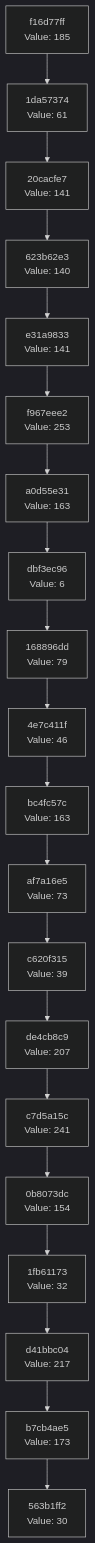
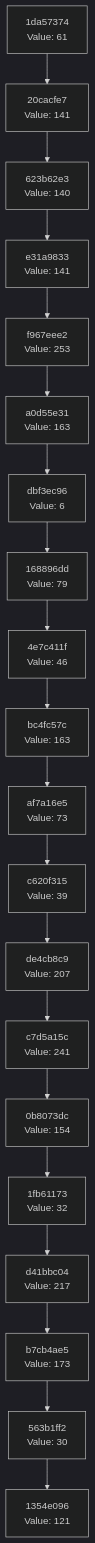
The diagram in docs/CHAIN_VISUALIZATION.md (Abhisheksinha1506/hash-chain-evolver), drawn with Mermaid (dark theme) before and after one commit. The commit also changed 2 other files, not shown here.

Commit message:
Evolution step: hash 0x79 → action executed

````diff
--- a/docs/CHAIN_VISUALIZATION.md
+++ b/docs/CHAIN_VISUALIZATION.md
@@ -3,42 +3,42 @@
 ```mermaid
 graph TD
-    C0["563b1ff2<br/>Value: 30"]
-    C1["b7cb4ae5<br/>Value: 173"]
+    C0["1354e096<br/>Value: 121"]
+    C1["563b1ff2<br/>Value: 30"]
     C1 --> C0
-    C2["d41bbc04<br/>Value: 217"]
+    C2["b7cb4ae5<br/>Value: 173"]
     C2 --> C1
-    C3["1fb61173<br/>Value: 32"]
+    C3["d41bbc04<br/>Value: 217"]
     C3 --> C2
-    C4["0b8073dc<br/>Value: 154"]
+    C4["1fb61173<br/>Value: 32"]
     C4 --> C3
-    C5["c7d5a15c<br/>Value: 241"]
+    C5["0b8073dc<br/>Value: 154"]
     C5 --> C4
-    C6["de4cb8c9<br/>Value: 207"]
+    C6["c7d5a15c<br/>Value: 241"]
     C6 --> C5
-    C7["c620f315<br/>Value: 39"]
+    C7["de4cb8c9<br/>Value: 207"]
     C7 --> C6
-    C8["af7a16e5<br/>Value: 73"]
+    C8["c620f315<br/>Value: 39"]
     C8 --> C7
-    C9["bc4fc57c<br/>Value: 163"]
+    C9["af7a16e5<br/>Value: 73"]
     C9 --> C8
-    C10["4e7c411f<br/>Value: 46"]
+    C10["bc4fc57c<br/>Value: 163"]
     C10 --> C9
-    C11["168896dd<br/>Value: 79"]
+    C11["4e7c411f<br/>Value: 46"]
     C11 --> C10
-    C12["dbf3ec96<br/>Value: 6"]
+    C12["168896dd<br/>Value: 79"]
     C12 --> C11
-    C13["a0d55e31<br/>Value: 163"]
+    C13["dbf3ec96<br/>Value: 6"]
     C13 --> C12
-    C14["f967eee2<br/>Value: 253"]
+    C14["a0d55e31<br/>Value: 163"]
     C14 --> C13
-    C15["e31a9833<br/>Value: 141"]
+    C15["f967eee2<br/>Value: 253"]
     C15 --> C14
-    C16["623b62e3<br/>Value: 140"]
+    C16["e31a9833<br/>Value: 141"]
     C16 --> C15
-    C17["20cacfe7<br/>Value: 141"]
+    C17["623b62e3<br/>Value: 140"]
     C17 --> C16
-    C18["1da57374<br/>Value: 61"]
+    C18["20cacfe7<br/>Value: 141"]
     C18 --> C17
-    C19["f16d77ff<br/>Value: 185"]
+    C19["1da57374<br/>Value: 61"]
     C19 --> C18
 ```
````
